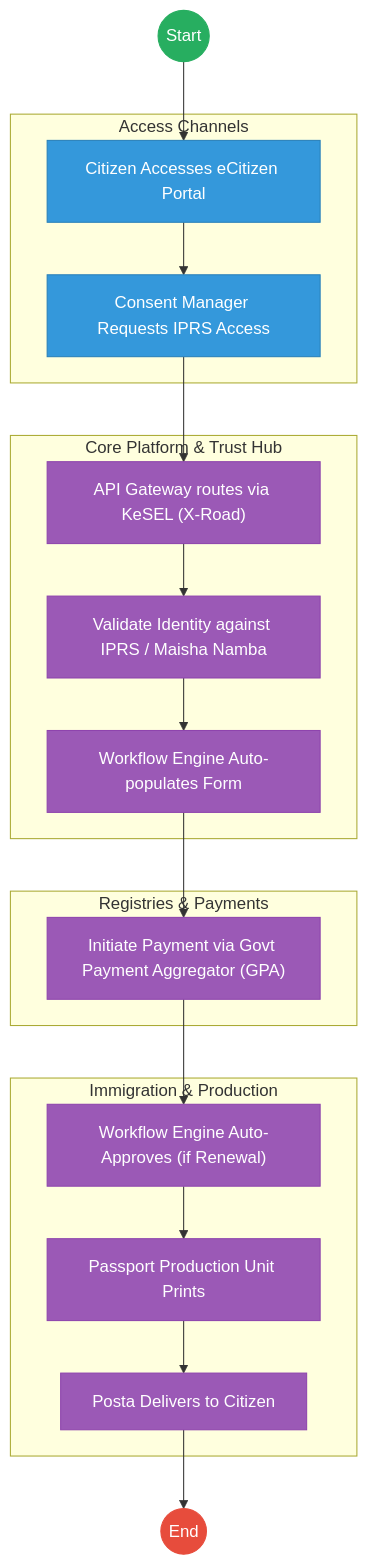
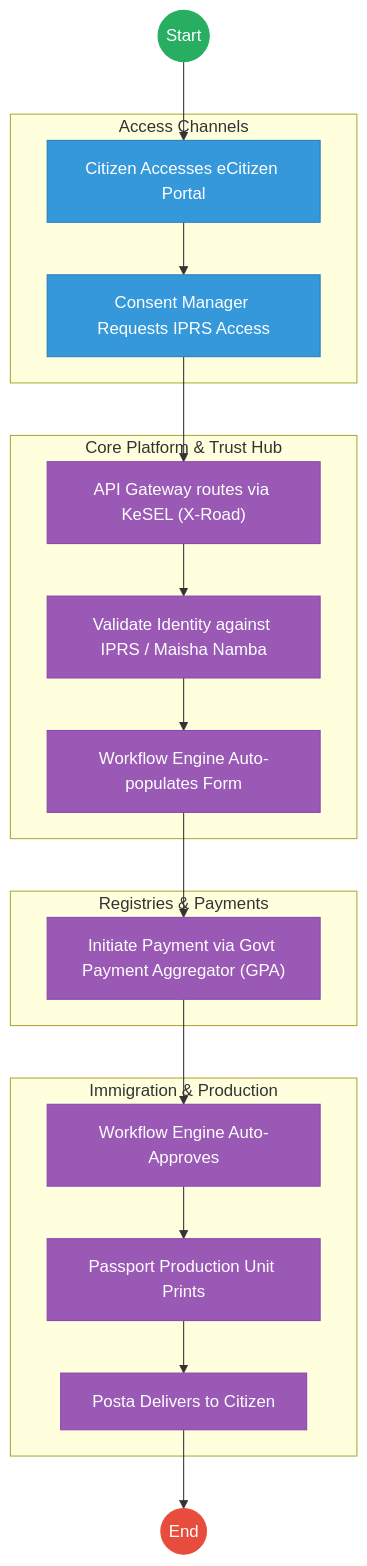
One commit to BITZ-IT-Consulting-LTD/ictapoc changed the second of 2 diagrams in mdas/docs_final/priority_mdas/STATE_DEPARTMENT_FOR_IMMIGRATION_AND_CITIZEN_SERVICES___Passport_Application.md. Above: the diagram before and after it, drawn with Mermaid. The commit also changed 102 other files, not shown here.

````diff
--- a/mdas/docs_final/priority_mdas/STATE_DEPARTMENT_FOR_IMMIGRATION_AND_CITIZEN_SERVICES___Passport_Application.md
+++ b/mdas/docs_final/priority_mdas/STATE_DEPARTMENT_FOR_IMMIGRATION_AND_CITIZEN_SERVICES___Passport_Application.md
@@ -146,37 +146,37 @@
 ```mermaid
 graph TD
     Start((Start)) --> Portal["Citizen Accesses eCitizen Portal"]
     
     subgraph Layer1 [Access Channels]
         Portal
         Consent["Consent Manager Requests IPRS Access"]
     end
     
     subgraph Layer2 [Core Platform & Trust Hub]
         Consent --> XRoad["API Gateway routes via KeSEL (X-Road)"]
         XRoad --> IPRS["Validate Identity against IPRS / Maisha Namba"]
         IPRS --> AutoForm["Workflow Engine Auto-populates Form"]
     end
     
     subgraph Layer4 [Registries & Payments]
         AutoForm --> Payment["Initiate Payment via Govt Payment Aggregator (GPA)"]
     end
     
     subgraph Agency [Immigration & Production]
-        Payment --> AutoApprove["Workflow Engine Auto-Approves (if Renewal)"]
+        Payment --> AutoApprove["Workflow Engine Auto-Approves "]
         AutoApprove --> Factory["Passport Production Unit Prints"]
         Factory --> Logistics["Posta Delivers to Citizen"]
     end
     
     Portal --> Consent
     Logistics --> End((End))
 
     classDef start fill:#27ae60,stroke:#27ae60,color:#fff;
     classDef endNode fill:#e74c3c,stroke:#e74c3c,color:#fff;
     classDef userTask fill:#3498db,stroke:#2980b9,color:#fff;
     classDef serviceTask fill:#9b59b6,stroke:#8e44ad,color:#fff;
     class Start start;
     class End endNode;
     class Portal,Consent userTask;
     class XRoad,IPRS,AutoForm,Payment,AutoApprove,Factory,Logistics serviceTask;
 ```
````
